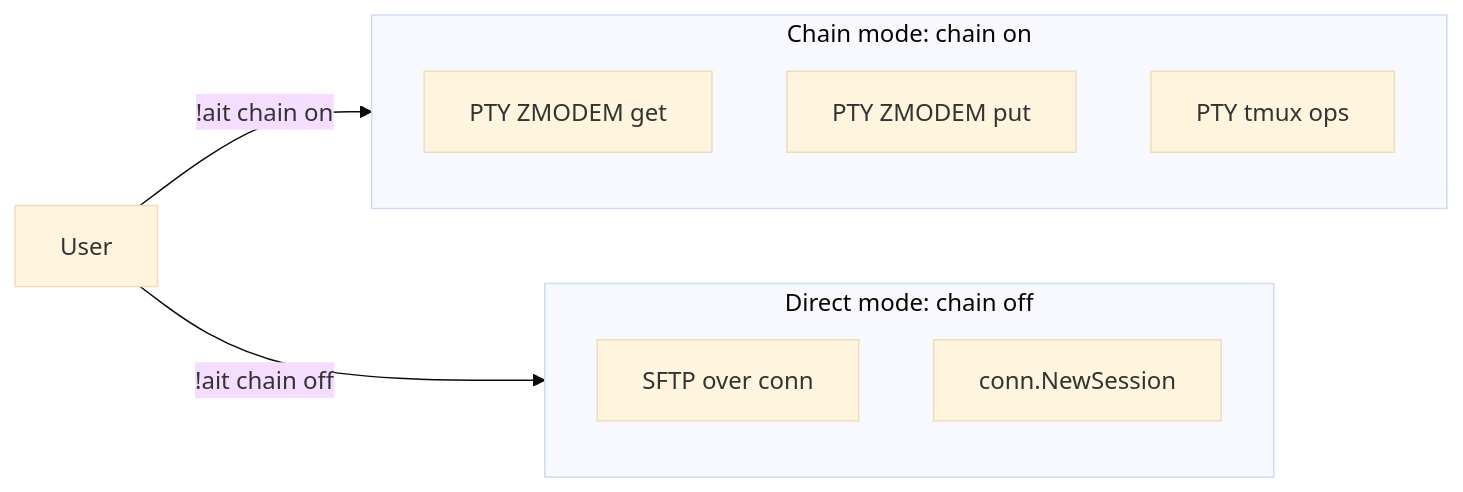
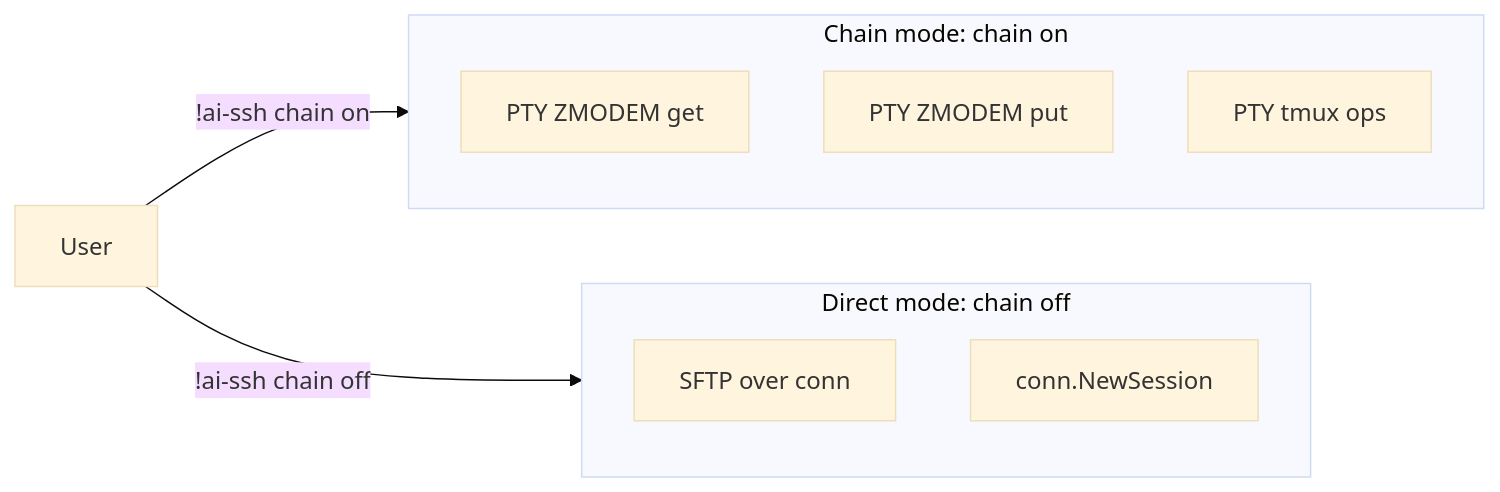
The eighth of 8 diagrams in docs/design.md (os-artificer/AiT), drawn with Mermaid (base theme) before and after one commit. The commit also changed other lines of this file and 519 other files, not shown here.

Commit message:
feat(cli): rename ait CLI to ai-ssh toolbox tool

````diff
--- a/docs/design.md
+++ b/docs/design.md
@@ -520,14 +520,14 @@
 ```mermaid
 flowchart LR
   subgraph direct [Direct mode: chain off]
     SFTP[SFTP over conn]
     Session[conn.NewSession]
   end
   subgraph chain [Chain mode: chain on]
     PTYGet[PTY ZMODEM get]
     PTYPut[PTY ZMODEM put]
     PTYTmux[PTY tmux ops]
   end
-  User[User] -->|!ait chain on| chain
-  User -->|!ait chain off| direct
+  User[User] -->|!ai-ssh chain on| chain
+  User -->|!ai-ssh chain off| direct
 ```
````
